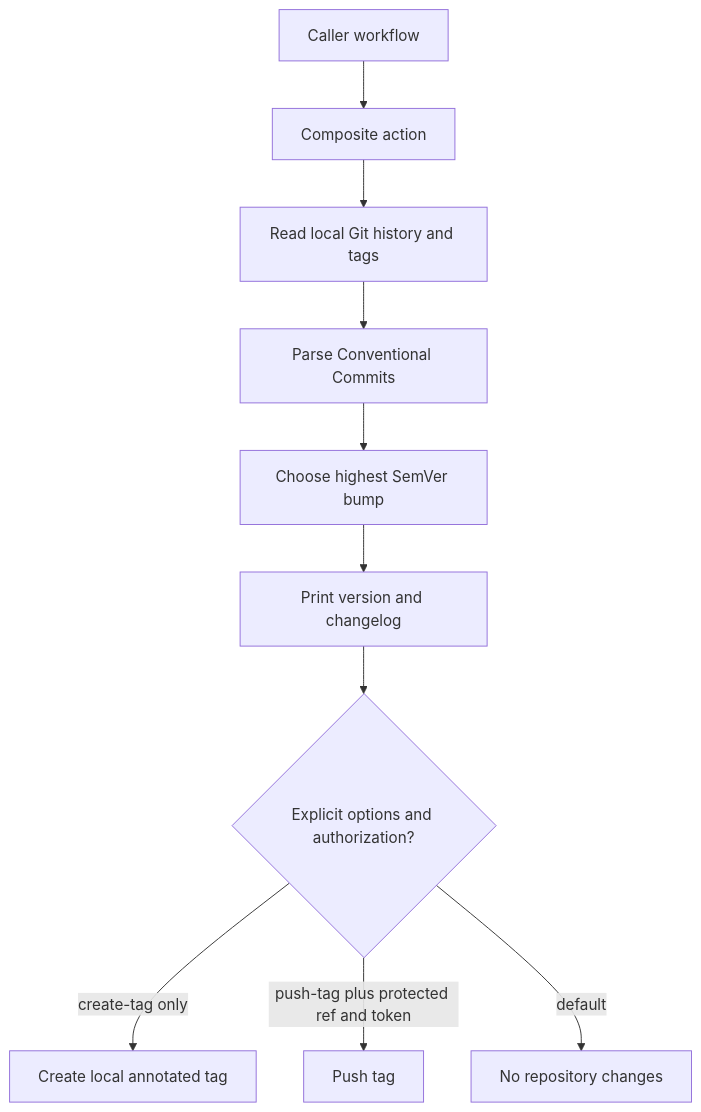
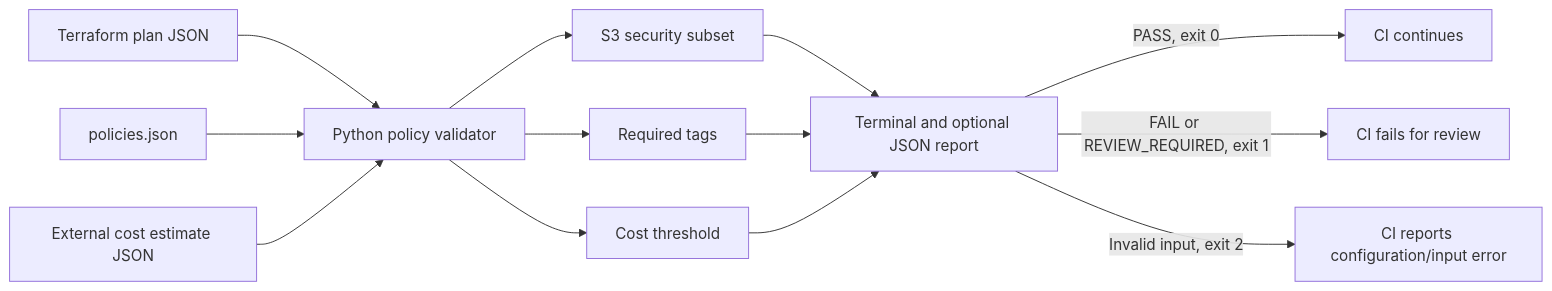
The diagram in README.md (oguduf/coding-clinic), drawn with Mermaid before and after one commit. The commit also changed other lines of this file and 15 other files, not shown here.

Commit message:
Add Terraform plan policy validator lab

````diff
--- a/README.md
+++ b/README.md
@@ -11,12 +17,15 @@
 ```mermaid
-flowchart TD
-  A[Caller workflow] --> B[Composite action]
-  B --> C[Read local Git history and tags]
-  C --> D[Parse Conventional Commits]
-  D --> E[Choose highest SemVer bump]
-  E --> F[Print version and changelog]
-  F --> G{Explicit options and authorization?}
-  G -->|create-tag only| H[Create local annotated tag]
-  G -->|push-tag plus protected ref and token| I[Push tag]
-  G -->|default| J[No repository changes]
+flowchart LR
+  Plan[Terraform plan JSON] --> Validator[Python policy validator]
+  Policy[policies.json] --> Validator
+  Estimate[External cost estimate JSON] --> Validator
+  Validator --> S3[S3 security subset]
+  Validator --> Tags[Required tags]
+  Validator --> Cost[Cost threshold]
+  S3 --> Report[Terminal and optional JSON report]
+  Tags --> Report
+  Cost --> Report
+  Report -->|PASS, exit 0| Pass[CI continues]
+  Report -->|FAIL or REVIEW_REQUIRED, exit 1| Stop[CI fails for review]
+  Report -->|Invalid input, exit 2| Error[CI reports configuration/input error]
 ```
````
